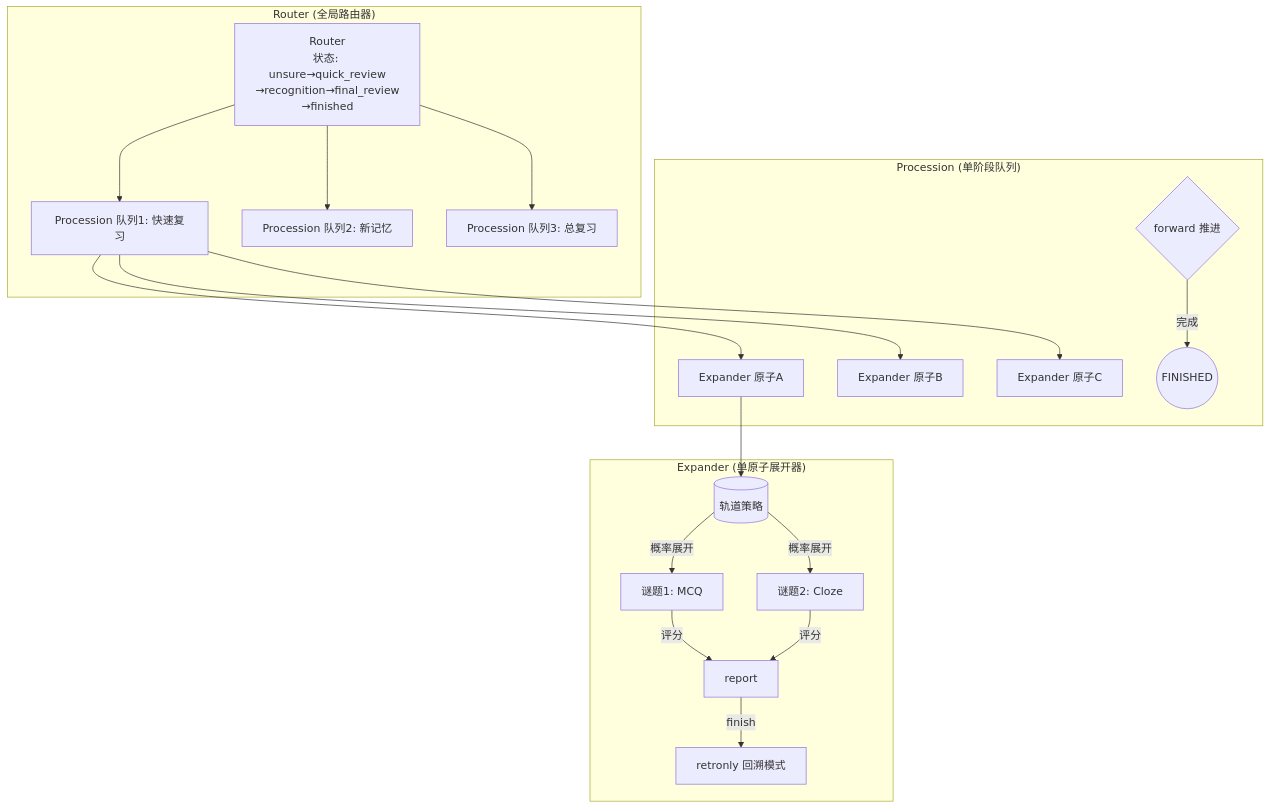
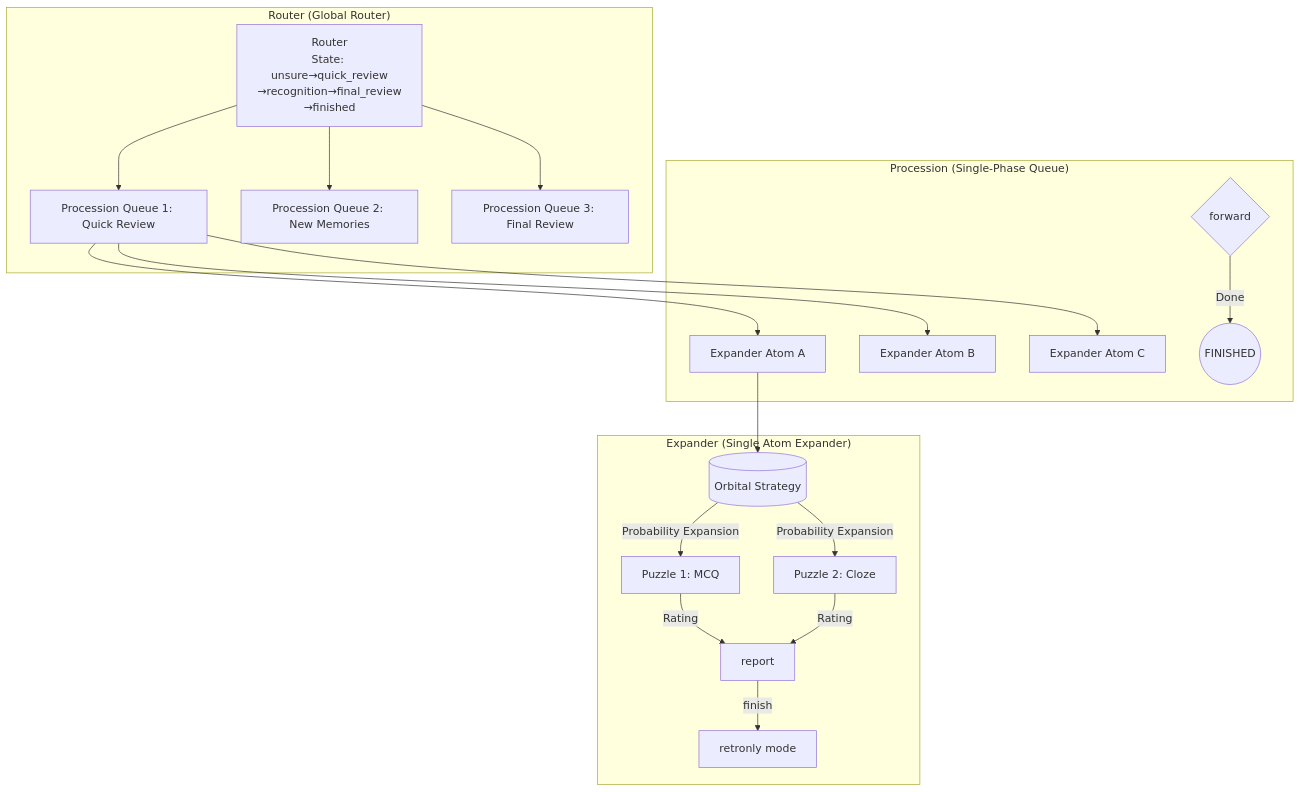
The third of 5 diagrams in ARCHITECTURE.md (pluvium27/HeurAMS), drawn with Mermaid before and after one commit. The commit also changed other lines of this file and 13 other files, not shown here.

````diff
--- a/ARCHITECTURE.md
+++ b/ARCHITECTURE.md
@@ -159,28 +159,28 @@
 ```mermaid
 graph TB
-    subgraph "Router (全局路由器)"
-        R[Router<br/>状态: unsure→quick_review<br/>→recognition→final_review<br/>→finished]
-        P1[Procession 队列1: 快速复习]
-        P2[Procession 队列2: 新记忆]
-        P3[Procession 队列3: 总复习]
+    subgraph "Router (Global Router)"
+        R[Router<br/>State: unsure→quick_review<br/>→recognition→final_review<br/>→finished]
+        P1[Procession Queue 1: Quick Review]
+        P2[Procession Queue 2: New Memories]
+        P3[Procession Queue 3: Final Review]
         R --> P1
         R --> P2
         R --> P3
     end
 
-    subgraph "Procession (单阶段队列)"
-        P1 --> E1[Expander 原子A]
-        P1 --> E2[Expander 原子B]
-        P1 --> E3[Expander 原子C]
-        M{forward 推进} --> |完成| Finish((FINISHED))
+    subgraph "Procession (Single-Phase Queue)"
+        P1 --> E1[Expander Atom A]
+        P1 --> E2[Expander Atom B]
+        P1 --> E3[Expander Atom C]
+        M{forward} --> |Done| Finish((FINISHED))
     end
 
-    subgraph "Expander (单原子展开器)"
-        E1 --> S[(轨道策略)]
-        S -->|概率展开| PZ1[谜题1: MCQ]
-        S -->|概率展开| PZ2[谜题2: Cloze]
-        PZ1 -->|评分| RPT[report]
-        PZ2 -->|评分| RPT
-        RPT -->|finish| RETRO[retronly 回溯模式]
+    subgraph "Expander (Single Atom Expander)"
+        E1 --> S[(Orbital Strategy)]
+        S -->|Probability Expansion| PZ1[Puzzle 1: MCQ]
+        S -->|Probability Expansion| PZ2[Puzzle 2: Cloze]
+        PZ1 -->|Rating| RPT[report]
+        PZ2 -->|Rating| RPT
+        RPT -->|finish| RETRO[retronly mode]
     end
 ```
````
